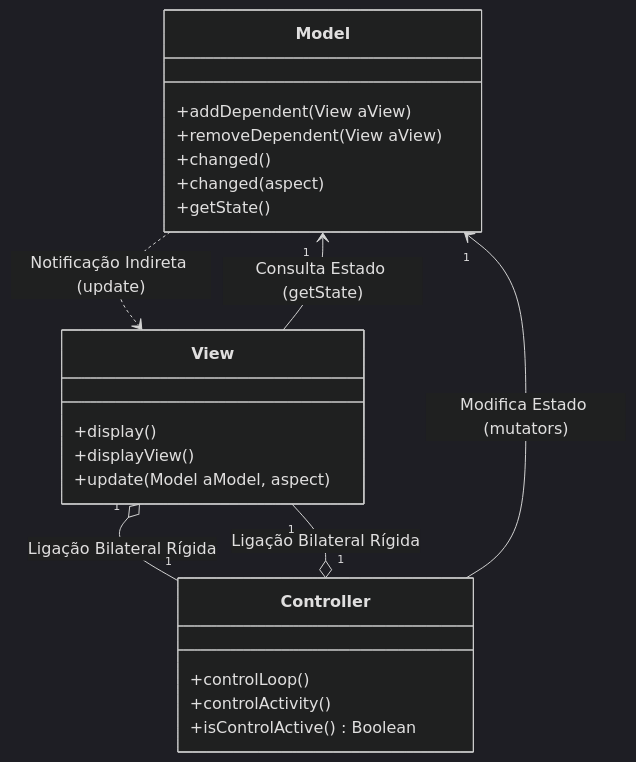
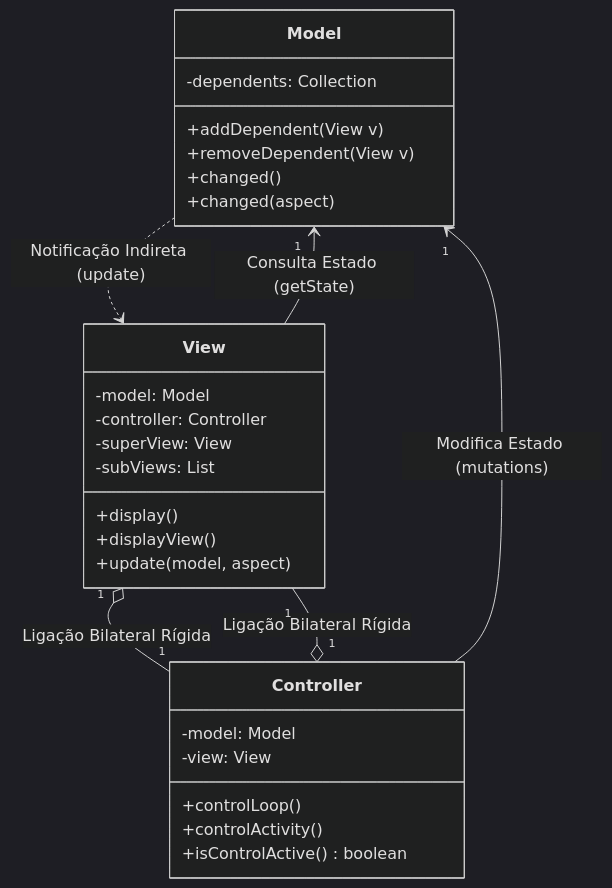
Diagram 20 of 32 in 4º Semestre/[Prof. Wesley Soares] Engenharia de Software II/Resumos-IA/Simulados-Comentados.md (murilolol/unifef), drawn with Mermaid (dark theme) before and after one commit. The commit also changed other lines of this file and 18 other files, not shown here.

````diff
--- a/4º Semestre/[Prof. Wesley Soares] Engenharia de Software II/Resumos-IA/Simulados-Comentados.md
+++ b/4º Semestre/[Prof. Wesley Soares] Engenharia de Software II/Resumos-IA/Simulados-Comentados.md
@@ -762,26 +915,34 @@
 ```mermaid
 classDiagram
-    class Model {
-        +addDependent(View aView)
-        +removeDependent(View aView)
-        +changed()
-        +changed(aspect)
-        +getState()
-    }
-    class View {
-        +display()
-        +displayView()
-        +update(Model aModel, aspect)
-    }
-    class Controller {
-        +controlLoop()
-        +controlActivity()
-        +isControlActive() Boolean
-    }
+ class Model {
+ -dependents: Collection
+ +addDependent(View v)
+ +removeDependent(View v)
+ +changed()
+ +changed(aspect)
+ }
 
-    View "1" o-- "1" Controller : Ligação Bilateral Rígida
-    Controller "1" o-- "1" View : Ligação Bilateral Rígida
-    View --> "1" Model : Consulta Estado (getState)
-    Controller --> "1" Model : Modifica Estado (mutators)
-    Model ..> View : Notificação Indireta (update)
+ class View {
+ -model: Model
+ -controller: Controller
+ -superView: View
+ -subViews: List
+ +display()
+ +displayView()
+ +update(model, aspect)
+ }
+
+ class Controller {
+ -model: Model
+ -view: View
+ +controlLoop()
+ +controlActivity()
+ +isControlActive() boolean
+ }
+
+ View "1" o-- "1" Controller : Ligação Bilateral Rígida
+ Controller "1" o-- "1" View : Ligação Bilateral Rígida
+ View --> "1" Model : Consulta Estado (getState)
+ Controller --> "1" Model : Modifica Estado (mutations)
+ Model ..> View : Notificação Indireta (update)
 ```
````
